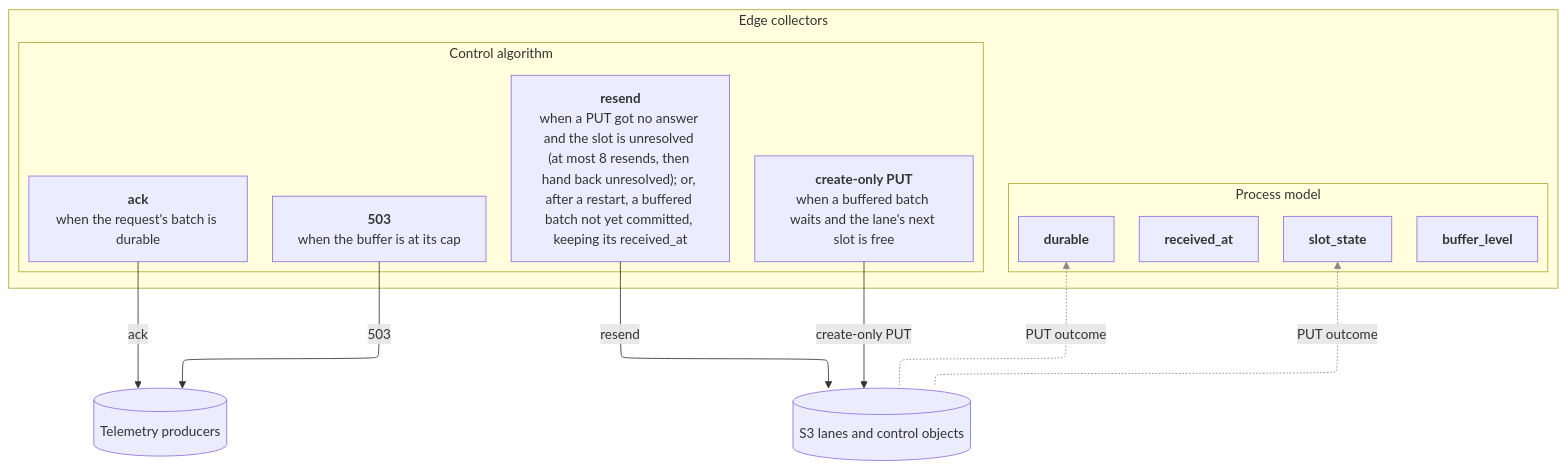
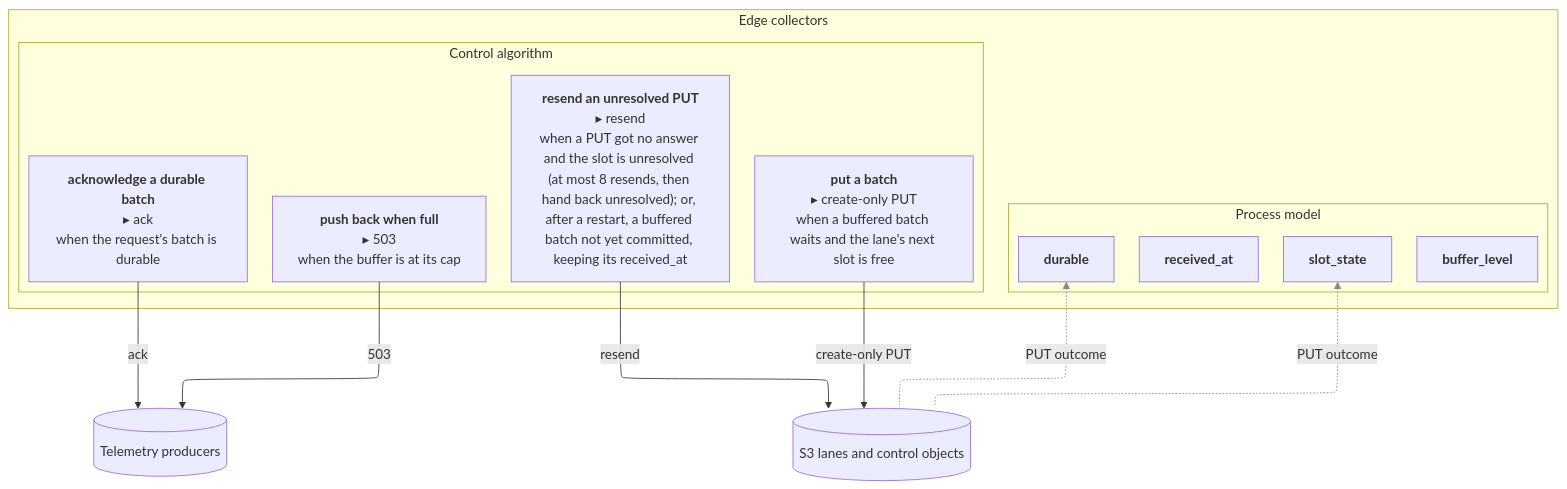
Before and after one commit to casselc/observability: the diagram in otel-chdb/stpa/generated/controller-edge.mmd, drawn with Mermaid. The commit also changed 60 other files, not shown here.

First line of the commit message:
otel-chdb/stpa: rule names head the detail diagrams; PRD widgets for every controller

```diff
--- a/otel-chdb/stpa/generated/controller-edge.mmd
+++ b/otel-chdb/stpa/generated/controller-edge.mmd
@@ -1,30 +1,30 @@
 ---
 config:
   layout: elk
 ---
 flowchart TB
   %% Generated by otel-chdb/stpa/tools from records/controller-fe59f7.md and structure.yaml. Do not edit.
   subgraph C["Edge collectors"]
     subgraph CA["Control algorithm"]
-      r1["<b>ack</b><br/>when the request's batch is durable"]
-      r2["<b>503</b><br/>when the buffer is at its cap"]
-      r3["<b>create-only PUT</b><br/>when a buffered batch waits and the lane's next slot is free"]
-      r4["<b>resend</b><br/>when a PUT got no answer and the slot is unresolved (at most 8 resends, then hand back unresolved); or, after a restart, a buffered batch not yet committed, keeping its received_at"]
+      r1["<b>acknowledge a durable batch</b><br/>▸ ack<br/>when the request's batch is durable"]
+      r2["<b>push back when full</b><br/>▸ 503<br/>when the buffer is at its cap"]
+      r3["<b>put a batch</b><br/>▸ create-only PUT<br/>when a buffered batch waits and the lane's next slot is free"]
+      r4["<b>resend an unresolved PUT</b><br/>▸ resend<br/>when a PUT got no answer and the slot is unresolved (at most 8 resends, then hand back unresolved); or, after a restart, a buffered batch not yet committed, keeping its received_at"]
     end
     subgraph PM["Process model"]
       v1["<b>buffer_level</b>"]
       v2["<b>durable</b>"]
       v3["<b>received_at</b>"]
       v4["<b>slot_state</b>"]
     end
   end
   ndf7b55[("Telemetry producers")]
   r1 -->|ack| ndf7b55
   r2 -->|503| ndf7b55
   n21e324[("S3 lanes and control objects")]
   r3 -->|create-only PUT| n21e324
   r4 -->|resend| n21e324
   v2 fb1@<-.->|PUT outcome| n21e324
   v4 fb2@<-.->|PUT outcome| n21e324
   classDef fb stroke:#888,marker-end:none
   class fb1,fb2 fb
```
